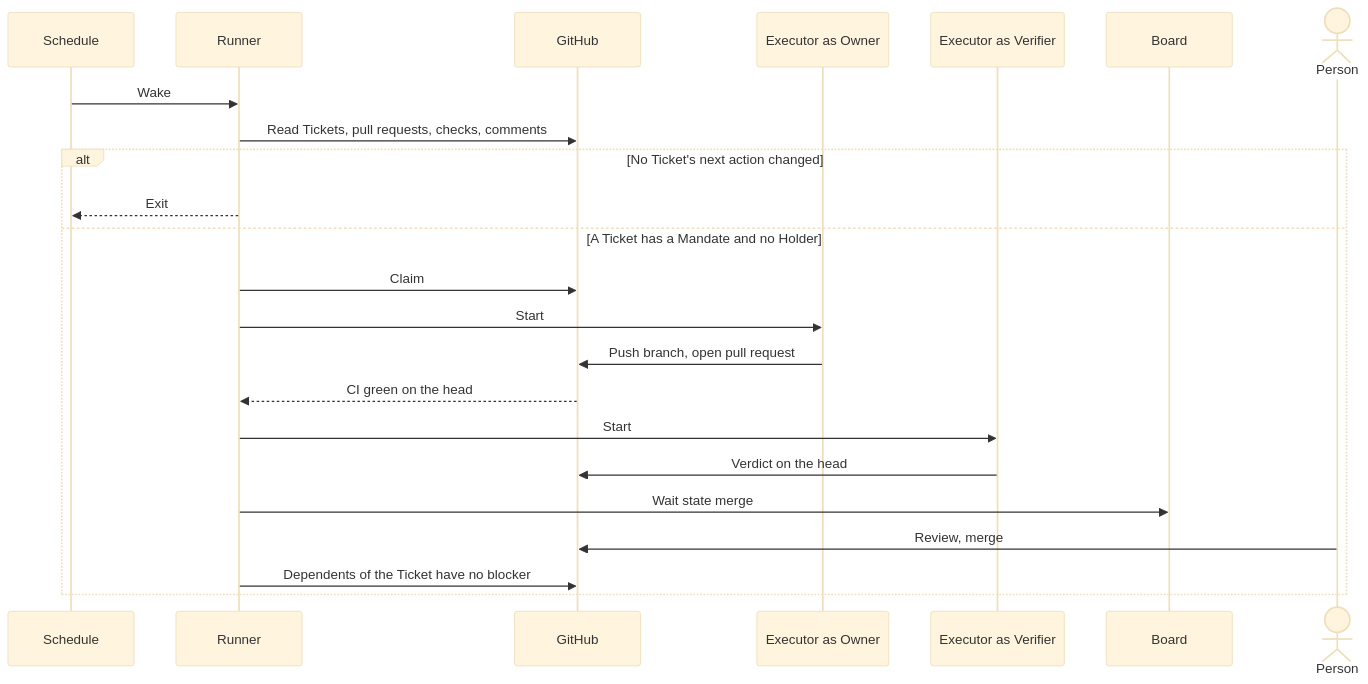
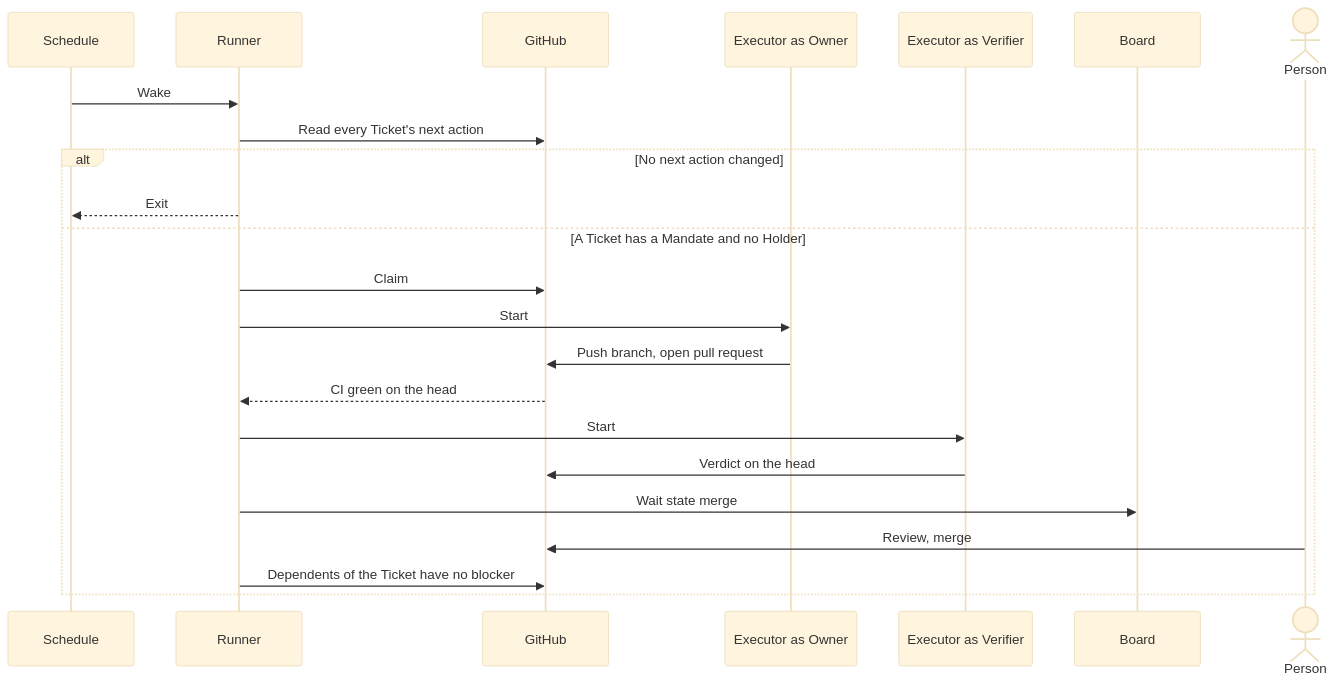
Before and after one commit to maro114510/skills: the fourth of 6 diagrams in docs/design/development-pipeline.md, drawn with Mermaid (base theme). The commit also changed other lines of this file and 3 other files, not shown here.

````diff
--- a/docs/design/development-pipeline.md
+++ b/docs/design/development-pipeline.md
@@ -124,25 +125,25 @@
 ```mermaid
 sequenceDiagram
     participant C as Schedule
     participant R as Runner
     participant G as GitHub
     participant O as Executor as Owner
     participant V as Executor as Verifier
     participant B as Board
     actor P as Person
     C->>R: Wake
-    R->>G: Read Tickets, pull requests, checks, comments
-    alt No Ticket's next action changed
+    R->>G: Read every Ticket's next action
+    alt No next action changed
         R-->>C: Exit
     else A Ticket has a Mandate and no Holder
         R->>G: Claim
         R->>O: Start
         O->>G: Push branch, open pull request
         G-->>R: CI green on the head
         R->>V: Start
         V->>G: Verdict on the head
         R->>B: Wait state merge
         P->>G: Review, merge
         R->>G: Dependents of the Ticket have no blocker
     end
 ```
````
